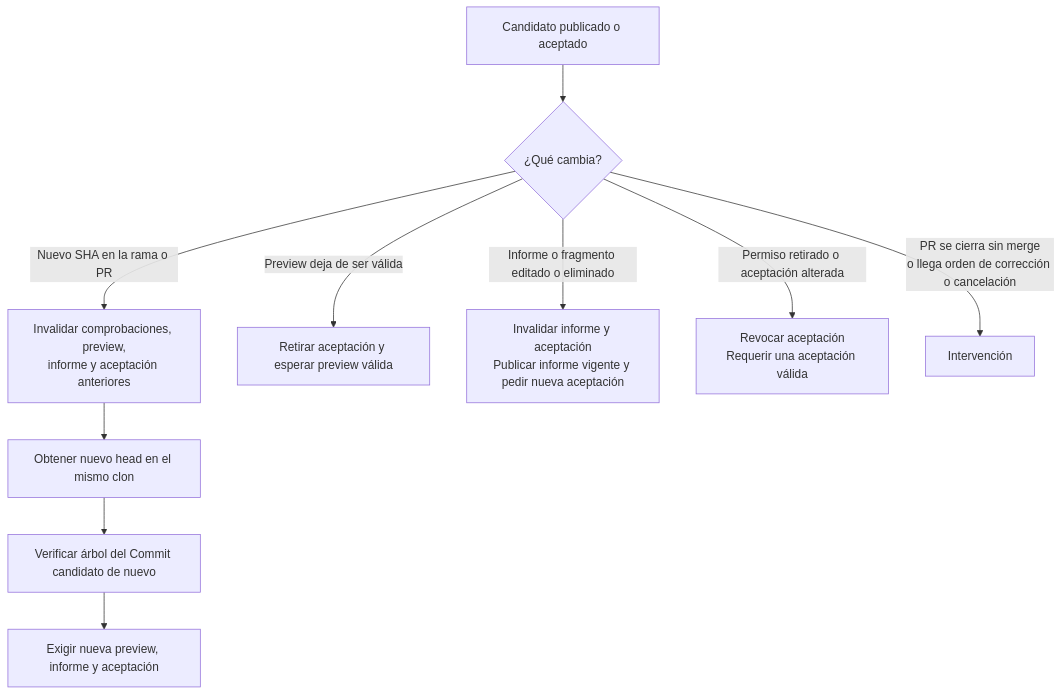
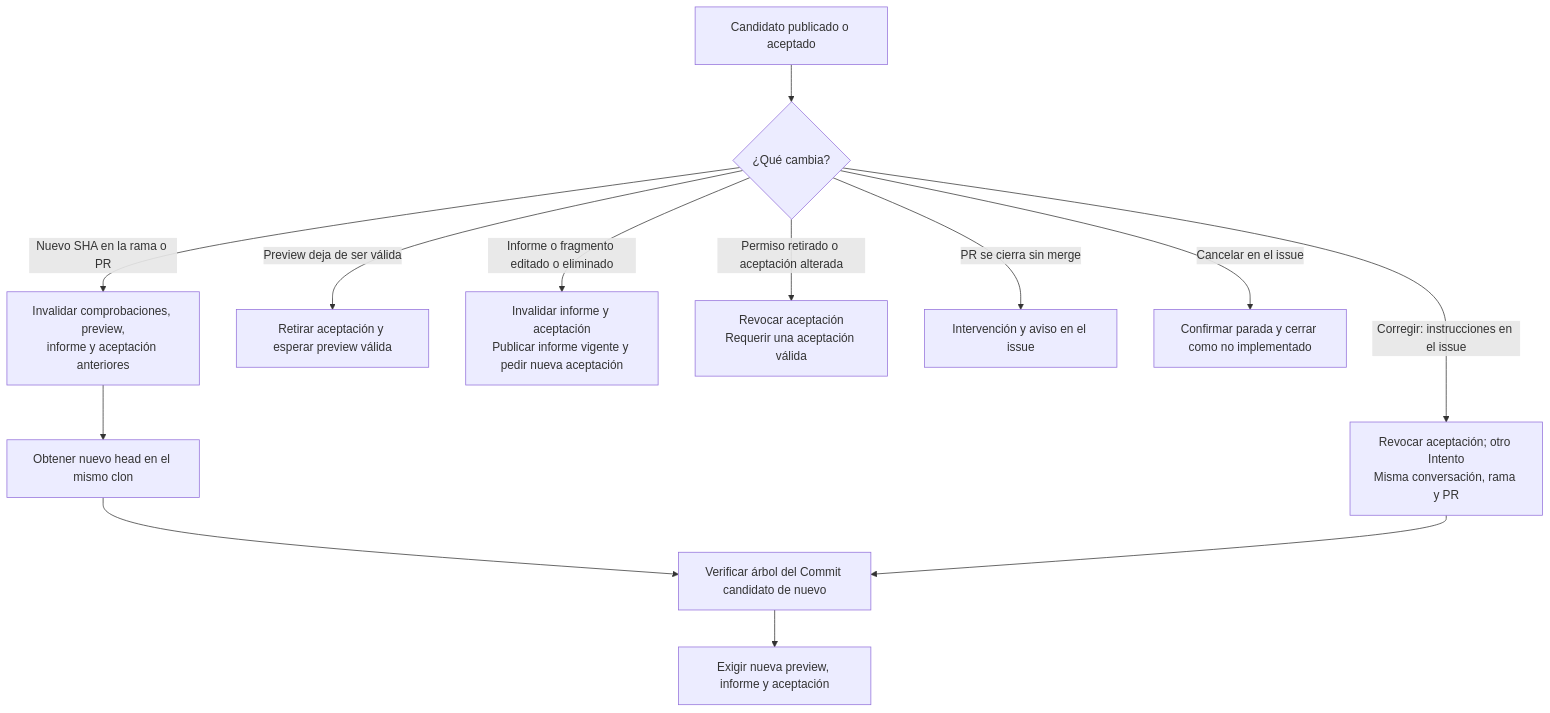
Before and after one commit to rubenbp/app-foundry: the fourth of 4 diagrams in docs/manual/03-verificacion-y-aceptacion.md, drawn with Mermaid. The commit also changed other lines of this file and 9 other files, not shown here.

````diff
--- a/docs/manual/03-verificacion-y-aceptacion.md
+++ b/docs/manual/03-verificacion-y-aceptacion.md
@@ -105,12 +106,15 @@
 ```mermaid
 flowchart TD
     A["Candidato publicado o aceptado"] --> C{"¿Qué cambia?"}
     C -->|"Nuevo SHA en la rama o PR"| V["Invalidar comprobaciones, preview,<br/>informe y aceptación anteriores"]
     V --> F["Obtener nuevo head en el mismo clon"]
     F --> T["Verificar árbol del Commit candidato de nuevo"]
     T --> R["Exigir nueva preview, informe y aceptación"]
     C -->|"Preview deja de ser válida"| P["Retirar aceptación y esperar preview válida"]
     C -->|"Informe o fragmento editado o eliminado"| I["Invalidar informe y aceptación<br/>Publicar informe vigente y pedir nueva aceptación"]
     C -->|"Permiso retirado o aceptación alterada"| H["Revocar aceptación<br/>Requerir una aceptación válida"]
-    C -->|"PR se cierra sin merge<br/>o llega orden de corrección o cancelación"| X["Intervención"]
+    C -->|"PR se cierra sin merge"| X["Intervención y aviso en el issue"]
+    C -->|"Corregir: instrucciones en el issue"| O["Revocar aceptación; otro Intento<br/>Misma conversación, rama y PR"]
+    O --> T
+    C -->|"Cancelar en el issue"| Z["Confirmar parada y cerrar como no implementado"]
 ```
````
